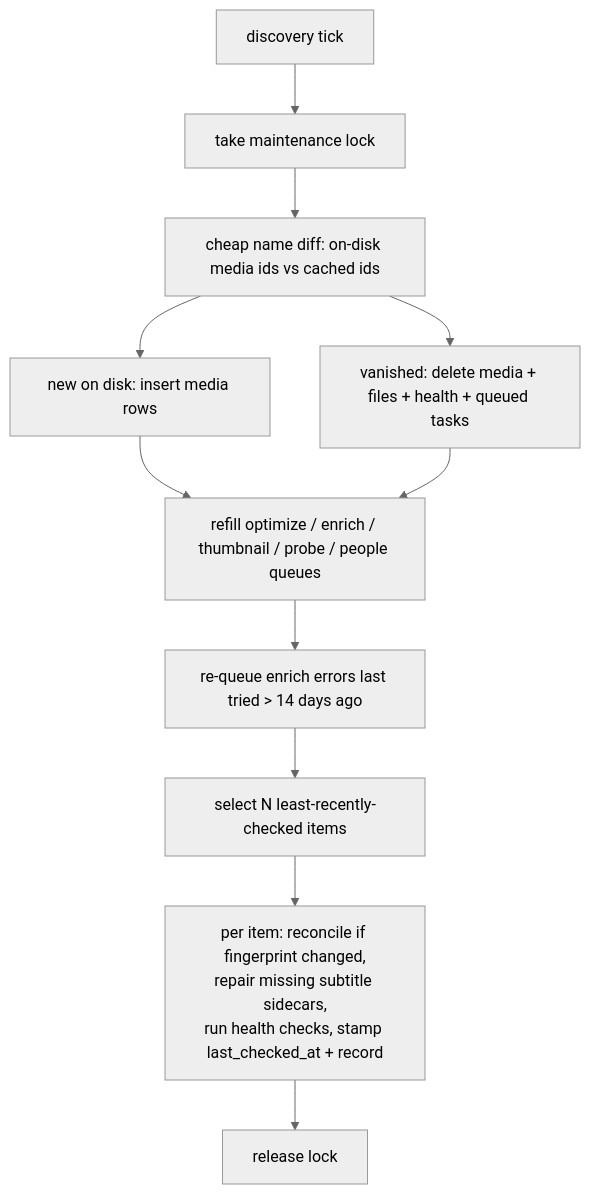
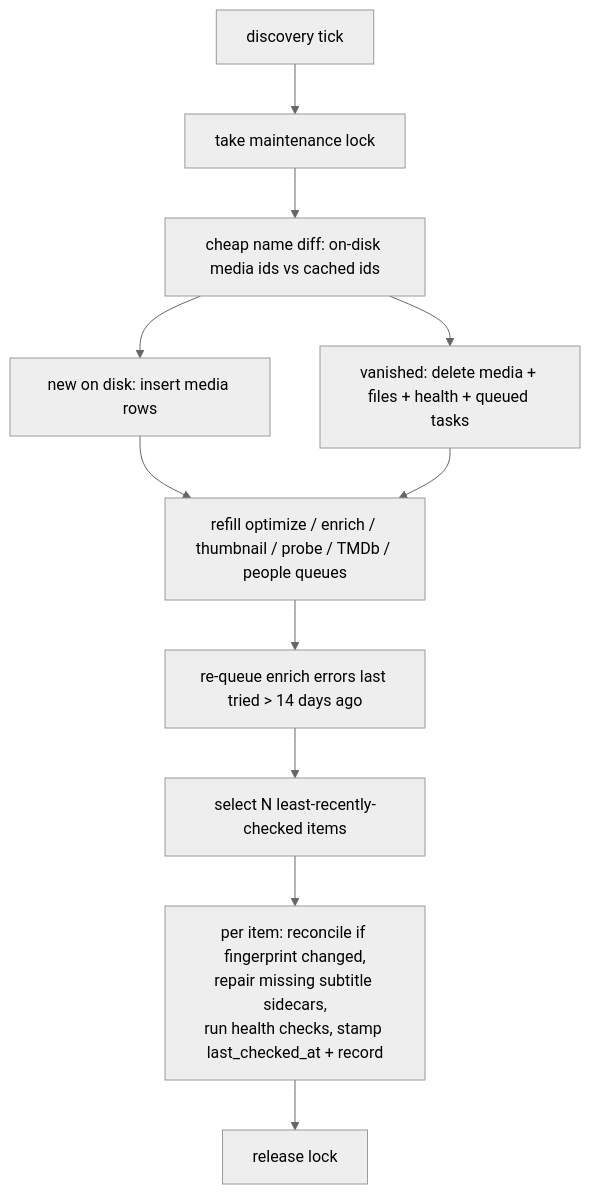
The diagram in docs/agents/discovery.md (xuedi/FileFin), drawn with Mermaid (neutral theme) before and after one commit. The commit also changed other lines of this file and 55 other files, not shown here.

````diff
--- a/docs/agents/discovery.md
+++ b/docs/agents/discovery.md
@@ -61,13 +61,13 @@
 ```mermaid
 flowchart TD
     TICK[discovery tick] --> LOCK[take maintenance lock]
     LOCK --> DIFF[cheap name diff: on-disk media ids vs cached ids]
     DIFF --> ADD[new on disk: insert media rows]
     DIFF --> DEL[vanished: delete media + files + health + queued tasks]
-    ADD --> REFILL[refill optimize / enrich / thumbnail / probe / people queues]
+    ADD --> REFILL[refill optimize / enrich / thumbnail / probe / TMDb / people queues]
     DEL --> REFILL
     REFILL --> RETRY[re-queue enrich errors last tried > 14 days ago]
     RETRY --> ROLL[select N least-recently-checked items]
     ROLL --> ITEM[per item: reconcile if fingerprint changed,\nrepair missing subtitle sidecars,\nrun health checks, stamp last_checked_at + record]
     ITEM --> UNLOCK[release lock]
 ```
````
